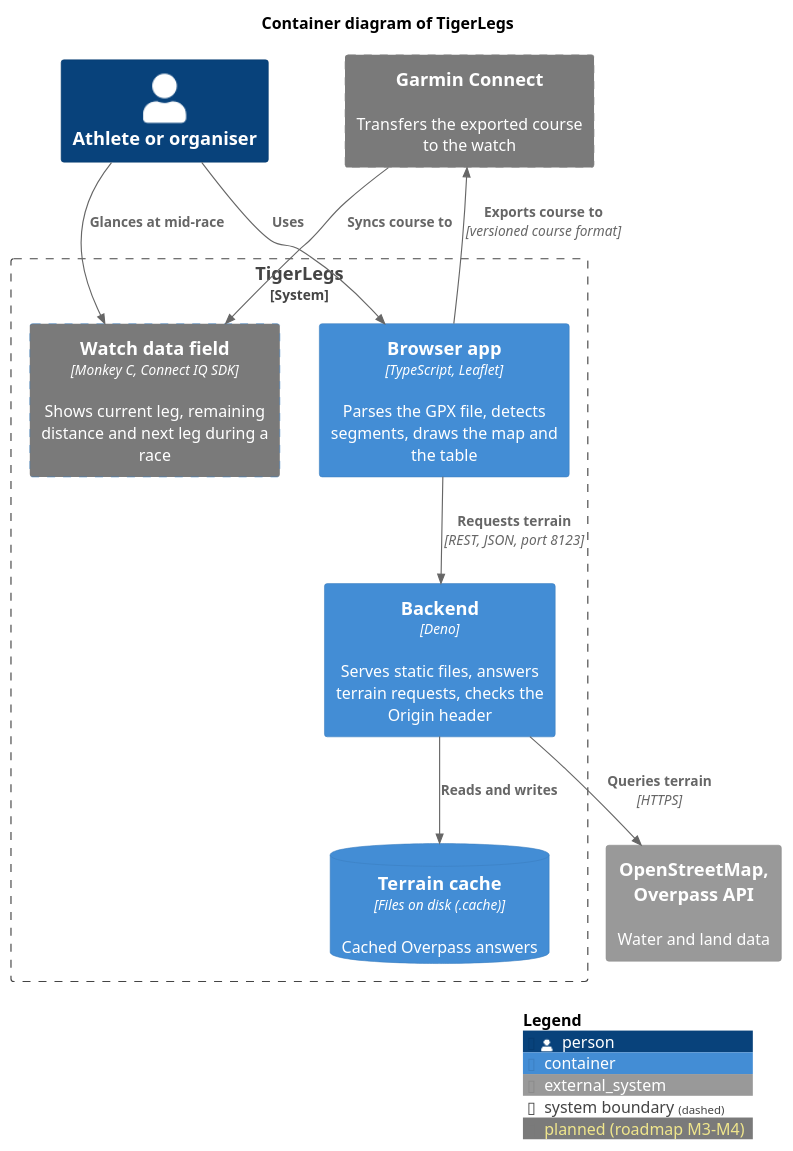
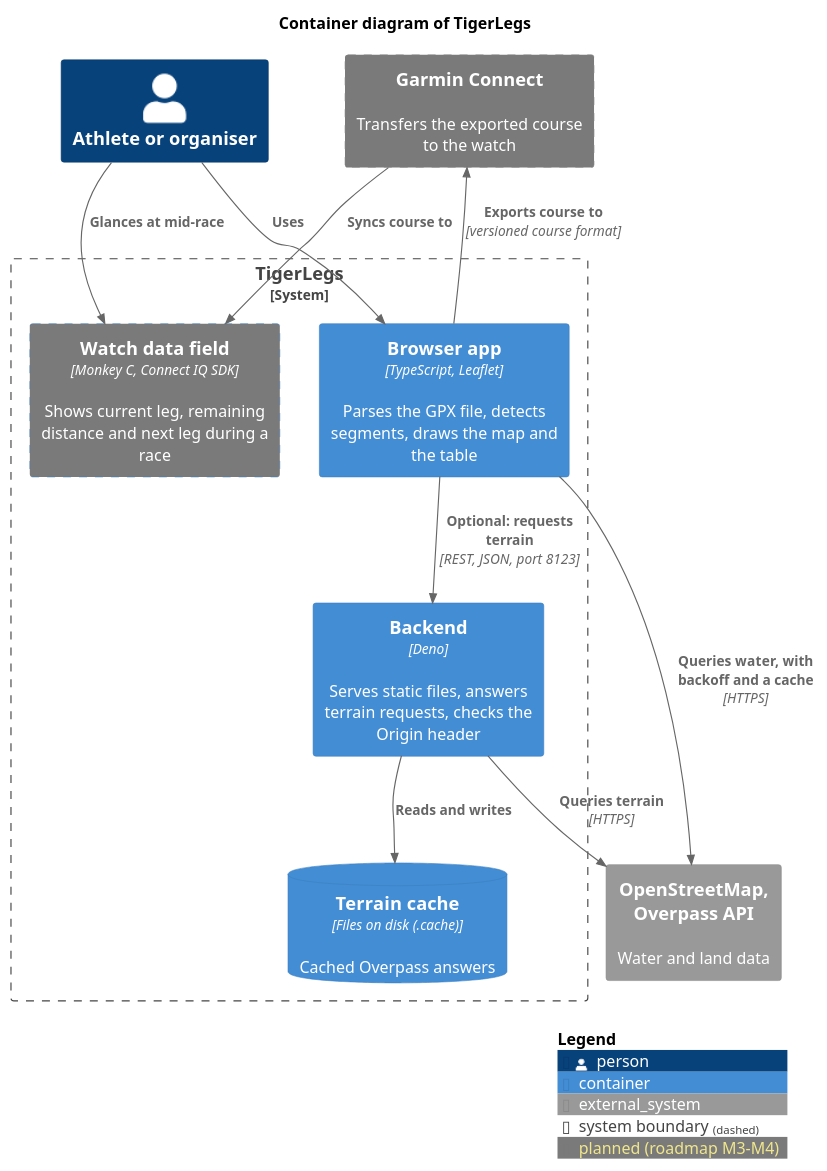
Before and after one commit to swimrun/tigerlegs: the diagram in docs/diagrams/container.puml, drawn with PlantUML. The commit also changed 8 other files, not shown here.

First line of the commit message:
docs(architecture): PlantUML in the Markdown, Overpass paths diagram, glossary, ADR-0014 (#60)

```diff
--- a/docs/diagrams/container.puml
+++ b/docs/diagrams/container.puml
@@ -1,27 +1,28 @@
 @startuml container
 !include <C4/C4_Container>
 
 title Container diagram of TigerLegs
 
 AddElementTag("planned", $bgColor="#7a7a7a", $borderStyle="dashed", $legendText="planned (roadmap M3-M4)")
 
 Person(athlete, "Athlete or organiser")
 System_Boundary(tigerlegs, "TigerLegs") {
   Container(browser, "Browser app", "TypeScript, Leaflet", "Parses the GPX file, detects segments, draws the map and the table")
   Container(backend, "Backend", "Deno", "Serves static files, answers terrain requests, checks the Origin header")
   ContainerDb(cache, "Terrain cache", "Files on disk (.cache)", "Cached Overpass answers")
   Container(watch, "Watch data field", "Monkey C, Connect IQ SDK", "Shows current leg, remaining distance and next leg during a race", $tags="planned")
 }
 System_Ext(overpass, "OpenStreetMap, Overpass API", "Water and land data")
 System_Ext(garmin, "Garmin Connect", "Transfers the exported course to the watch", $tags="planned")
 
 Rel(athlete, browser, "Uses")
 Rel(athlete, watch, "Glances at mid-race", $tags="planned")
-Rel(browser, backend, "Requests terrain", "REST, JSON, port 8123")
+Rel(browser, overpass, "Queries water, with backoff and a cache", "HTTPS")
+Rel(browser, backend, "Optional: requests terrain", "REST, JSON, port 8123")
 Rel(backend, cache, "Reads and writes")
 Rel(backend, overpass, "Queries terrain", "HTTPS")
 Rel(browser, garmin, "Exports course to", "versioned course format", $tags="planned")
 Rel(garmin, watch, "Syncs course to", $tags="planned")
 
 SHOW_LEGEND()
 @enduml
```
